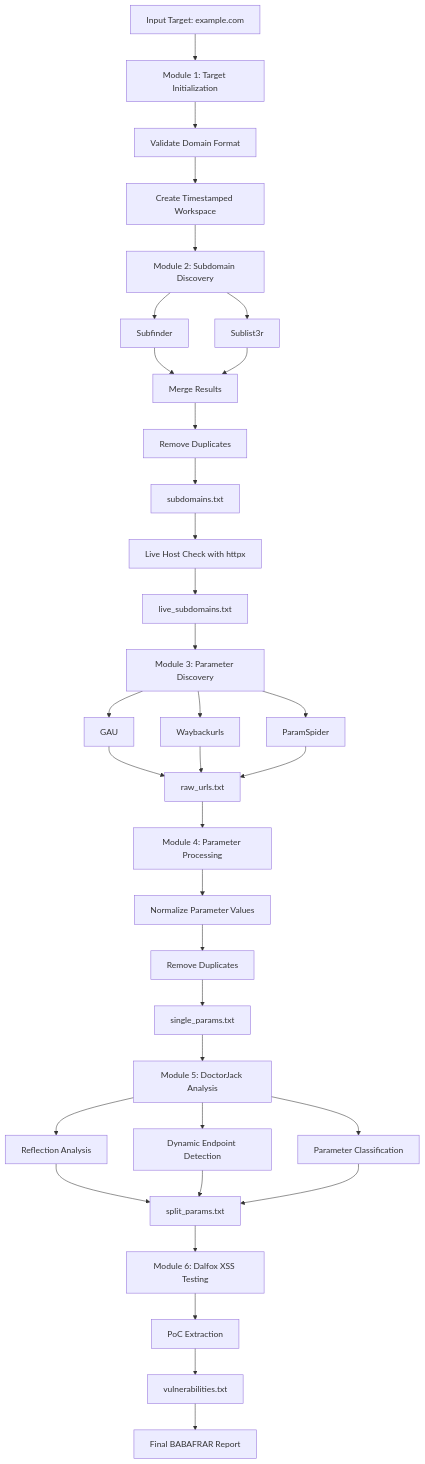
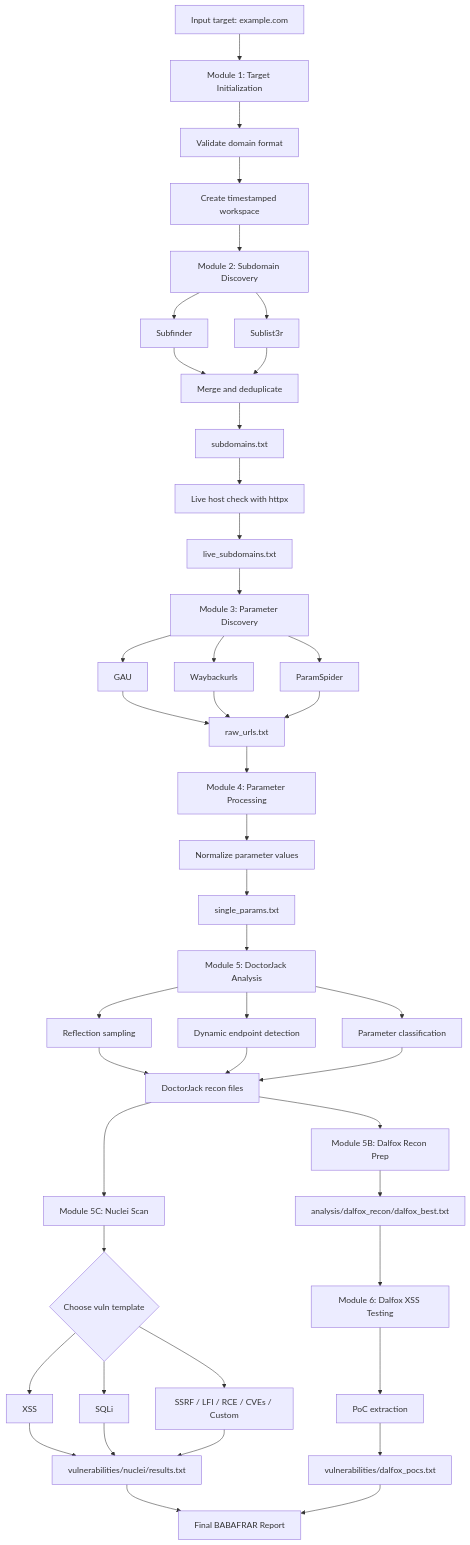
Before and after one commit to mohithakur0602/Babafrar: the first of 3 diagrams in README.md, drawn with Mermaid. The commit also changed other lines of this file, not shown here.

Commit message:
Update README workflow diagrams

````diff
--- a/README.md
+++ b/README.md
@@ -35,37 +37,46 @@
 ```mermaid
 flowchart TD
-    A[Input Target: example.com] --> B[Module 1: Target Initialization]
-    B --> C[Validate Domain Format]
-    C --> D[Create Timestamped Workspace]
+    A[Input target: example.com] --> B[Module 1: Target Initialization]
+    B --> C[Validate domain format]
+    C --> D[Create timestamped workspace]
     D --> E[Module 2: Subdomain Discovery]
     E --> F[Subfinder]
     E --> G[Sublist3r]
-    F --> H[Merge Results]
+    F --> H[Merge and deduplicate]
     G --> H
-    H --> I[Remove Duplicates]
-    I --> J[subdomains.txt]
-    J --> K[Live Host Check with httpx]
-    K --> L[live_subdomains.txt]
-    L --> M[Module 3: Parameter Discovery]
-    M --> N[GAU]
-    M --> O[Waybackurls]
-    M --> P[ParamSpider]
-    N --> Q[raw_urls.txt]
-    O --> Q
-    P --> Q
-    Q --> R[Module 4: Parameter Processing]
-    R --> S[Normalize Parameter Values]
-    S --> T[Remove Duplicates]
-    T --> U[single_params.txt]
-    U --> V[Module 5: DoctorJack Analysis]
-    V --> W[Reflection Analysis]
-    V --> X[Dynamic Endpoint Detection]
-    V --> Y[Parameter Classification]
-    W --> Z[split_params.txt]
-    X --> Z
-    Y --> Z
-    Z --> AA[Module 6: Dalfox XSS Testing]
-    AA --> AB[PoC Extraction]
-    AB --> AC[vulnerabilities.txt]
-    AC --> AD[Final BABAFRAR Report]
+    H --> I[subdomains.txt]
+    I --> J[Live host check with httpx]
+    J --> K[live_subdomains.txt]
+    K --> L[Module 3: Parameter Discovery]
+    L --> M[GAU]
+    L --> N[Waybackurls]
+    L --> O[ParamSpider]
+    M --> P[raw_urls.txt]
+    N --> P
+    O --> P
+    P --> Q[Module 4: Parameter Processing]
+    Q --> R[Normalize parameter values]
+    R --> S[single_params.txt]
+    S --> T[Module 5: DoctorJack Analysis]
+    T --> U[Reflection sampling]
+    T --> V[Dynamic endpoint detection]
+    T --> W[Parameter classification]
+    U --> X[DoctorJack recon files]
+    V --> X
+    W --> X
+    X --> Y[Module 5B: Dalfox Recon Prep]
+    Y --> Z[analysis/dalfox_recon/dalfox_best.txt]
+    X --> AA[Module 5C: Nuclei Scan]
+    AA --> AB{Choose vuln template}
+    AB --> AC[XSS]
+    AB --> AD[SQLi]
+    AB --> AE[SSRF / LFI / RCE / CVEs / Custom]
+    AC --> AF[vulnerabilities/nuclei/results.txt]
+    AD --> AF
+    AE --> AF
+    Z --> AG[Module 6: Dalfox XSS Testing]
+    AG --> AH[PoC extraction]
+    AH --> AI[vulnerabilities/dalfox_pocs.txt]
+    AF --> AJ[Final BABAFRAR Report]
+    AI --> AJ
 ```
````
